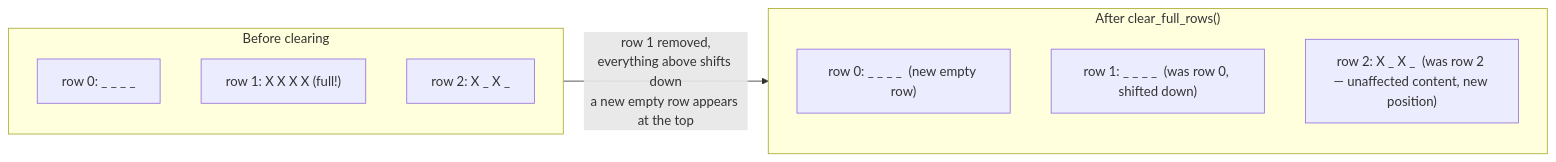
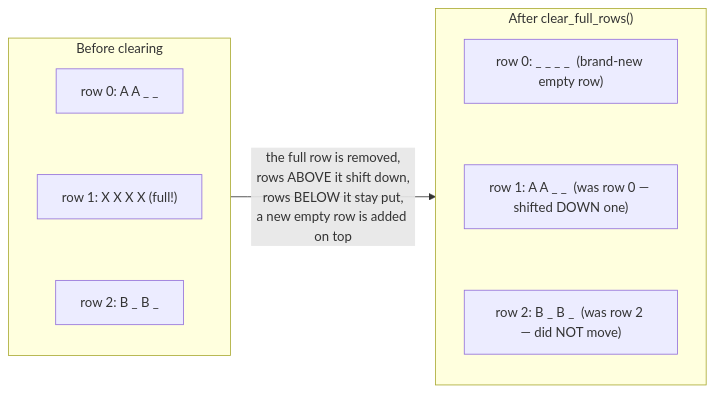
Before and after one commit to olumuyiwaoluwasanmi-codepath/Comp163Projects: the ninth of 12 diagrams in turtle_tetris/SPEC.md, drawn with Mermaid. The commit also changed other lines of this file and 3 other files, not shown here.

````diff
--- a/turtle_tetris/SPEC.md
+++ b/turtle_tetris/SPEC.md
@@ -236,16 +446,18 @@
 ```mermaid
 flowchart LR
     subgraph Before["Before clearing"]
         direction TB
-        b0["row 0: _ _ _ _"]
+        b0["row 0: A A _ _"]
         b1["row 1: X X X X  (full!)"]
-        b2["row 2: X _ X _"]
+        b2["row 2: B _ B _"]
+        b0 ~~~ b1 ~~~ b2
     end
     subgraph After["After clear_full_rows()"]
         direction TB
-        a0["row 0: _ _ _ _  (new empty row)"]
-        a1["row 1: _ _ _ _  (was row 0, shifted down)"]
-        a2["row 2: X _ X _  (was row 2 — unaffected content, new position)"]
+        a0["row 0: _ _ _ _  (brand-new empty row)"]
+        a1["row 1: A A _ _  (was row 0 — shifted DOWN one)"]
+        a2["row 2: B _ B _  (was row 2 — did NOT move)"]
+        a0 ~~~ a1 ~~~ a2
     end
-    Before -- "row 1 removed,\neverything above shifts down\na new empty row appears at the top" --> After
+    Before -- "the full row is removed,\nrows ABOVE it shift down,\nrows BELOW it stay put,\na new empty row is added on top" --> After
 ```
````
